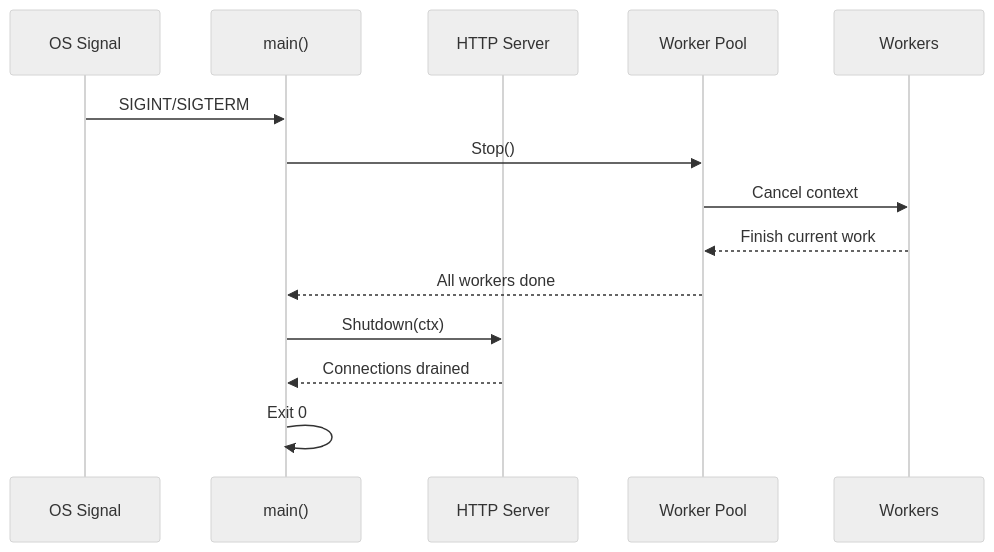
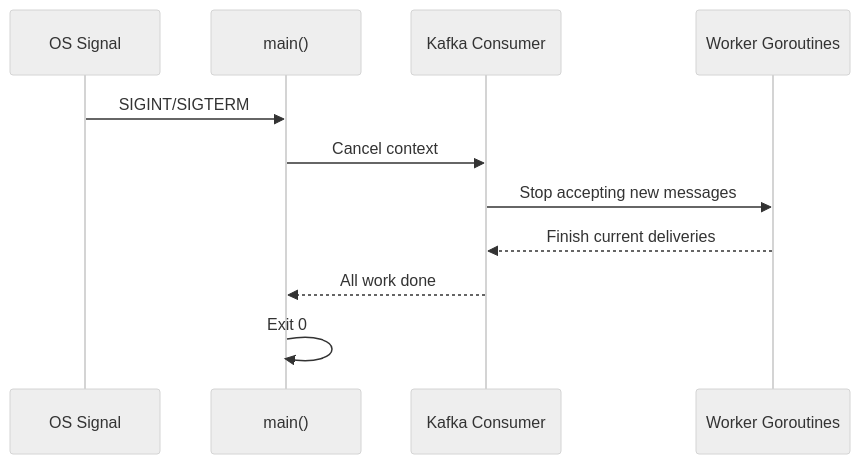
Before and after one commit to felipepmaragno/webhook-service: the ninth of 11 diagrams in docs/architecture.md, drawn with Mermaid (neutral theme). The commit also changed other lines of this file and 2 other files, not shown here.

First line of the commit message:
docs: update documentation for Kafka architecture and intelligent retry

````diff
--- a/docs/architecture.md
+++ b/docs/architecture.md
@@ -326,17 +353,14 @@
 ```mermaid
 sequenceDiagram
     participant Signal as OS Signal
     participant Main as main()
-    participant Server as HTTP Server
-    participant Pool as Worker Pool
-    participant Workers as Workers
+    participant Consumer as Kafka Consumer
+    participant Workers as Worker Goroutines
 
     Signal->>Main: SIGINT/SIGTERM
-    Main->>Pool: Stop()
-    Pool->>Workers: Cancel context
-    Workers-->>Pool: Finish current work
-    Pool-->>Main: All workers done
-    Main->>Server: Shutdown(ctx)
-    Server-->>Main: Connections drained
+    Main->>Consumer: Cancel context
+    Consumer->>Workers: Stop accepting new messages
+    Workers-->>Consumer: Finish current deliveries
+    Consumer-->>Main: All work done
     Main->>Main: Exit 0
 ```
````
